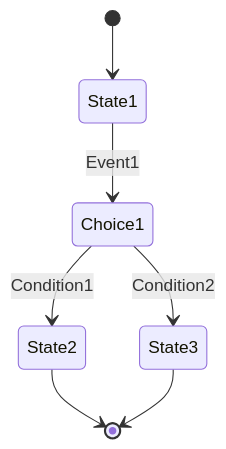
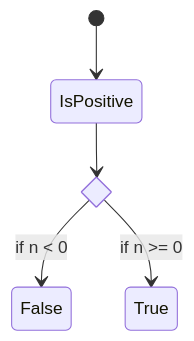
Before and after one commit to teachingai/full-stack-skills: the tenth of 19 diagrams in skills/mermaid/examples/state.md, drawn with Mermaid. The commit also changed other lines of this file and 21 other files, not shown here.

First line of the commit message:
docs(mermaid): 更新架构、块、C4和类图示例文档

````diff
--- a/skills/mermaid/examples/state.md
+++ b/skills/mermaid/examples/state.md
@@ -89,11 +156,8 @@
 ```mermaid
 stateDiagram-v2
-    [*] --> State1
-    State1 --> Choice1 : Event1
-    Choice1 --> State2 : Condition1
-    Choice1 --> State3 : Condition2
-    State2 --> [*]
-    State3 --> [*]
-
-    state Choice1 <<choice>>
+    state if_state <<choice>>
+    [*] --> IsPositive
+    IsPositive --> if_state
+    if_state --> False: if n < 0
+    if_state --> True : if n >= 0
 ```
````
